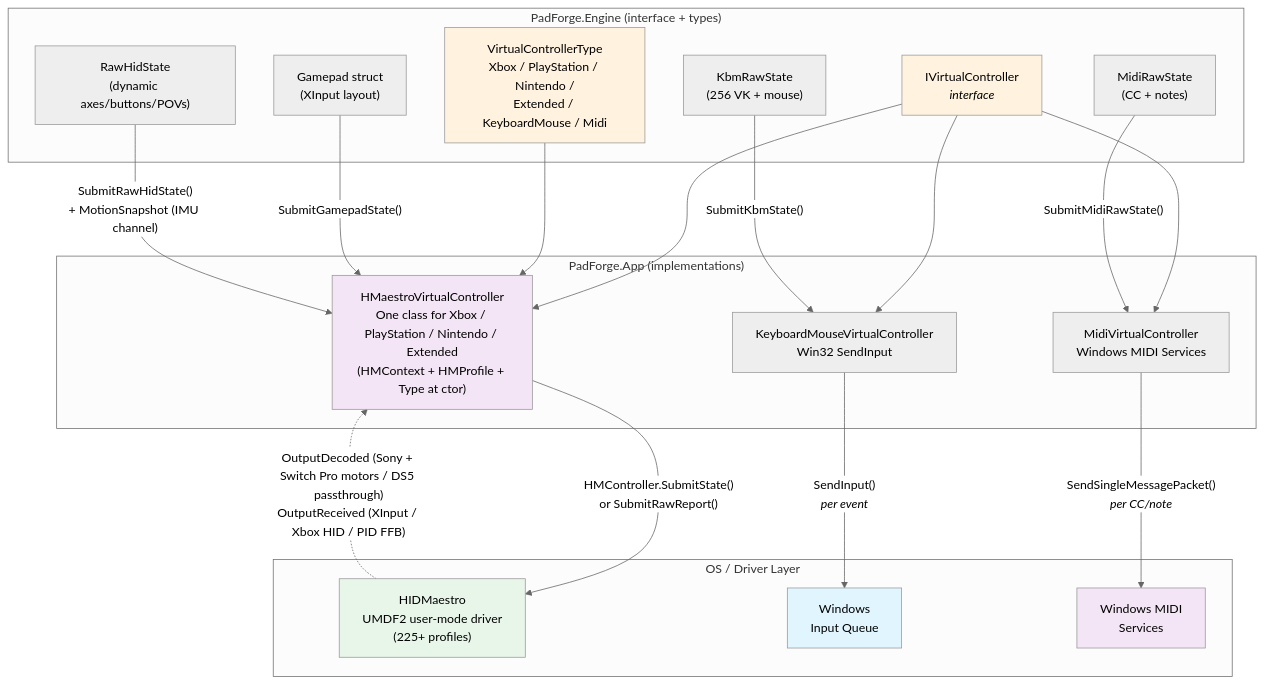
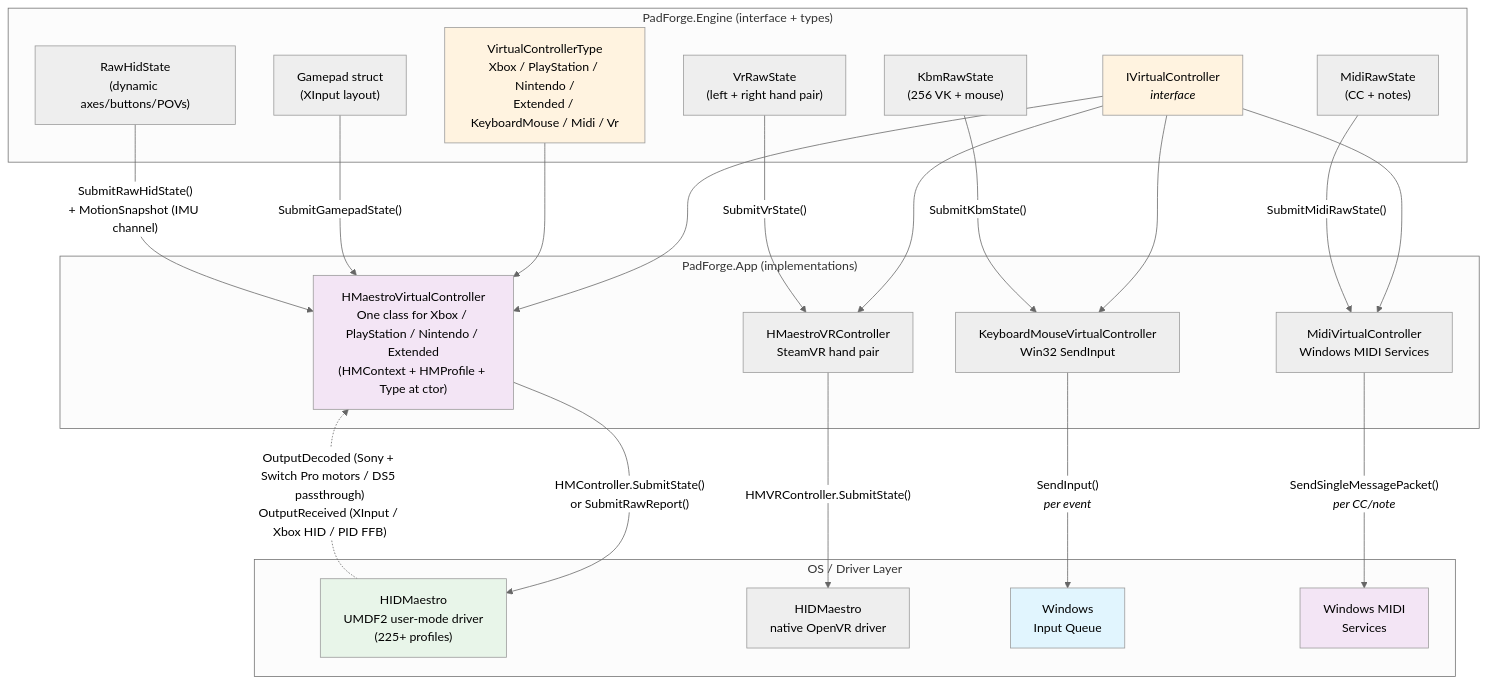
One commit to hifihedgehog/padforge.org changed the diagram in wiki/features/virtual-controllers.md. Above: the diagram before and after it, drawn with Mermaid (neutral theme). The commit also changed other lines of this file and 138 other files, not shown here.

````diff
--- a/wiki/features/virtual-controllers.md
+++ b/wiki/features/virtual-controllers.md
@@ -19,44 +20,49 @@
 ```mermaid
 graph TB
     subgraph Engine["PadForge.Engine (interface + types)"]
         IVC["IVirtualController<br/><i>interface</i>"]
-        VCT["VirtualControllerType<br/>Xbox / PlayStation / Nintendo /<br/>Extended / KeyboardMouse / Midi"]
+        VCT["VirtualControllerType<br/>Xbox / PlayStation / Nintendo /<br/>Extended / KeyboardMouse / Midi / Vr"]
         GP["Gamepad struct<br/>(XInput layout)"]
         ERS["RawHidState<br/>(dynamic axes/buttons/POVs)"]
         KRS["KbmRawState<br/>(256 VK + mouse)"]
         MRS["MidiRawState<br/>(CC + notes)"]
+        VRS["VrRawState<br/>(left + right hand pair)"]
     end
 
     subgraph App["PadForge.App (implementations)"]
         HMVC["HMaestroVirtualController<br/>One class for Xbox / PlayStation / Nintendo / Extended<br/>(HMContext + HMProfile + Type at ctor)"]
+        VRVC["HMaestroVRController<br/>SteamVR hand pair"]
         KBM["KeyboardMouseVirtualController<br/>Win32 SendInput"]
         MIDI["MidiVirtualController<br/>Windows MIDI Services"]
     end
 
     subgraph Drivers["OS / Driver Layer"]
         HM["HIDMaestro<br/>UMDF2 user-mode driver<br/>(225+ profiles)"]
+        HMVRD["HIDMaestro<br/>native OpenVR driver"]
         WIN["Windows<br/>Input Queue"]
         WMS["Windows MIDI<br/>Services"]
     end
 
-    IVC --> HMVC & KBM & MIDI
+    IVC --> HMVC & VRVC & KBM & MIDI
     VCT --> HMVC
 
     GP -->|"SubmitGamepadState()"| HMVC
     ERS -->|"SubmitRawHidState()<br/>+ MotionSnapshot (IMU channel)"| HMVC
     KRS -->|"SubmitKbmState()"| KBM
     MRS -->|"SubmitMidiRawState()"| MIDI
+    VRS -->|"SubmitVrState()"| VRVC
 
     HMVC -->|"HMController.SubmitState()<br/>or SubmitRawReport()"| HM
+    VRVC -->|"HMVRController.SubmitState()"| HMVRD
     KBM -->|"SendInput()<br/><i>per event</i>"| WIN
     MIDI -->|"SendSingleMessagePacket()<br/><i>per CC/note</i>"| WMS
 
     HM -.->|"OutputDecoded (Sony + Switch Pro motors / DS5 passthrough)<br/>OutputReceived (XInput / Xbox HID / PID FFB)"| HMVC
 
     style IVC fill:#fff3e0
     style VCT fill:#fff3e0
     style HMVC fill:#f3e5f5
     style HM fill:#e8f5e9
     style WIN fill:#e1f5fe
     style WMS fill:#f3e5f5
 ```
````
